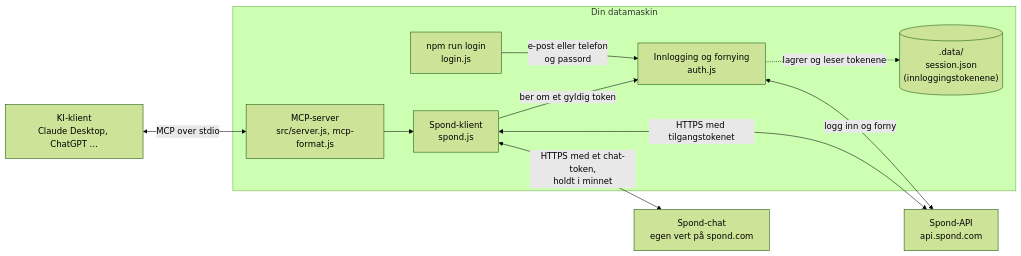
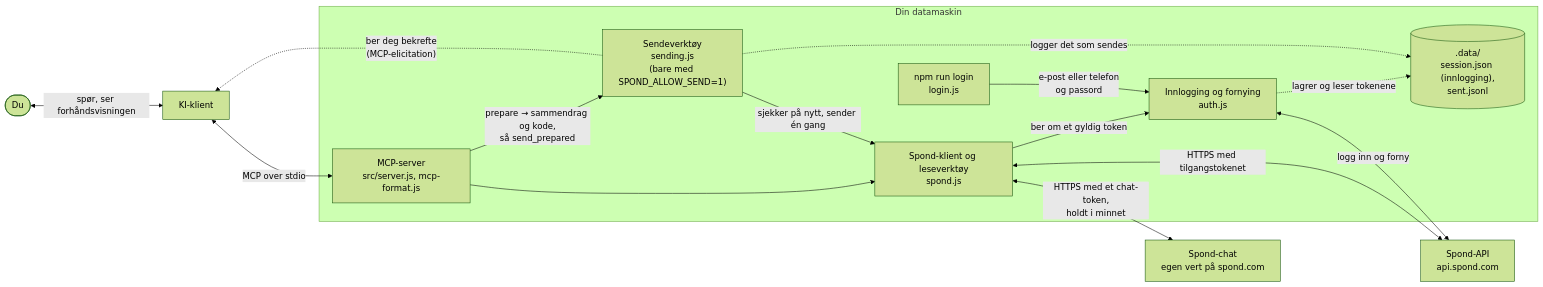
The diagram in README.no.md (kristoffervp/spond-mcp), drawn with Mermaid (forest theme) before and after one commit. The commit also changed other lines of this file and 12 other files, not shown here.

````diff
--- a/README.no.md
+++ b/README.no.md
@@ -60,21 +81,28 @@
 ```mermaid
 flowchart LR
-  client["KI-klient<br/>Claude Desktop, ChatGPT …"]
+  you(["Du"])
+  client["KI-klient"]
   subgraph computer["Din datamaskin"]
     server["MCP-server<br/>src/server.js, mcp-format.js"]
-    spond["Spond-klient<br/>spond.js"]
+    spond["Spond-klient og leseverktøy<br/>spond.js"]
+    send["Sendeverktøy<br/>sending.js<br/>(bare med SPOND_ALLOW_SEND=1)"]
     auth["Innlogging og fornying<br/>auth.js"]
     login["npm run login<br/>login.js"]
-    data[(".data/<br/>session.json<br/>(innloggingstokenene)")]
+    data[(".data/<br/>session.json (innlogging),<br/>sent.jsonl")]
   end
   api["Spond-API<br/>api.spond.com"]
   chat["Spond-chat<br/>egen vert på spond.com"]
+  you <-->|"spør, ser forhåndsvisningen"| client
   client <-->|"MCP over stdio"| server
   server --> spond
+  server -->|"prepare → sammendrag og kode,<br/>så send_prepared"| send
+  send -.->|"ber deg bekrefte<br/>(MCP-elicitation)"| client
+  send -->|"sjekker på nytt, sender én gang"| spond
   spond -->|"ber om et gyldig token"| auth
   spond <-->|"HTTPS med tilgangstokenet"| api
   spond <-->|"HTTPS med et chat-token,<br/>holdt i minnet"| chat
   login -->|"e-post eller telefon<br/>og passord"| auth
   auth <-->|"logg inn og forny"| api
   auth -.->|"lagrer og leser tokenene"| data
+  send -.->|"logger det som sendes"| data
 ```
````
